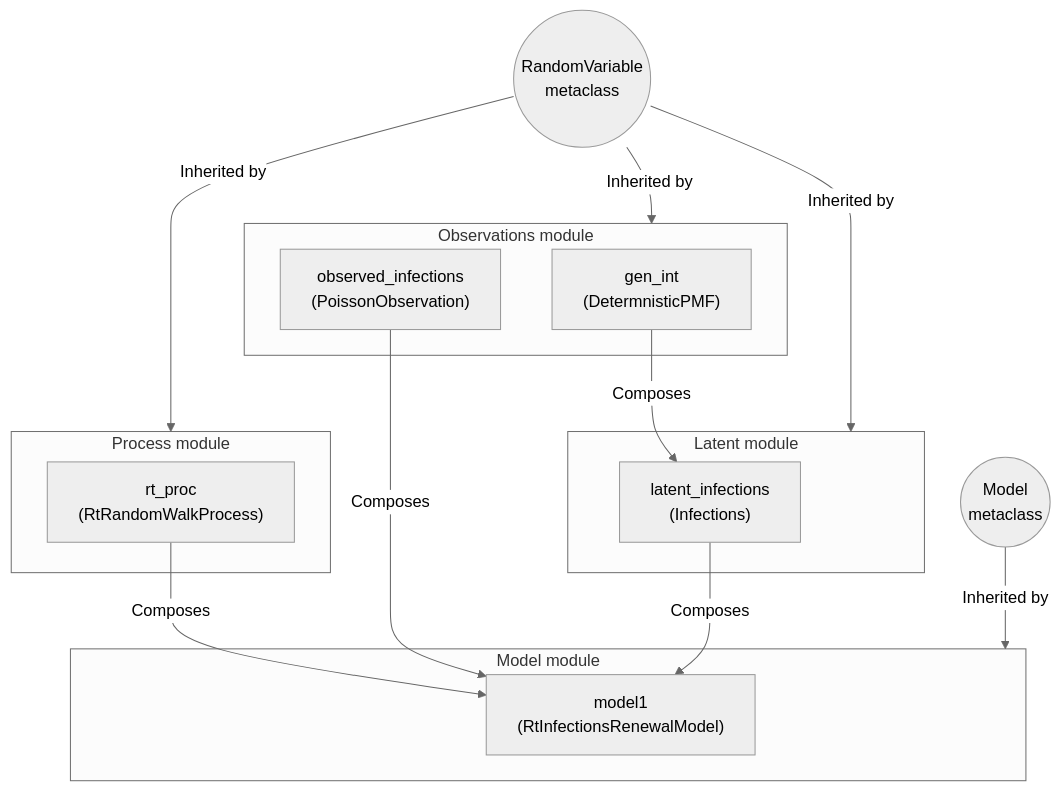
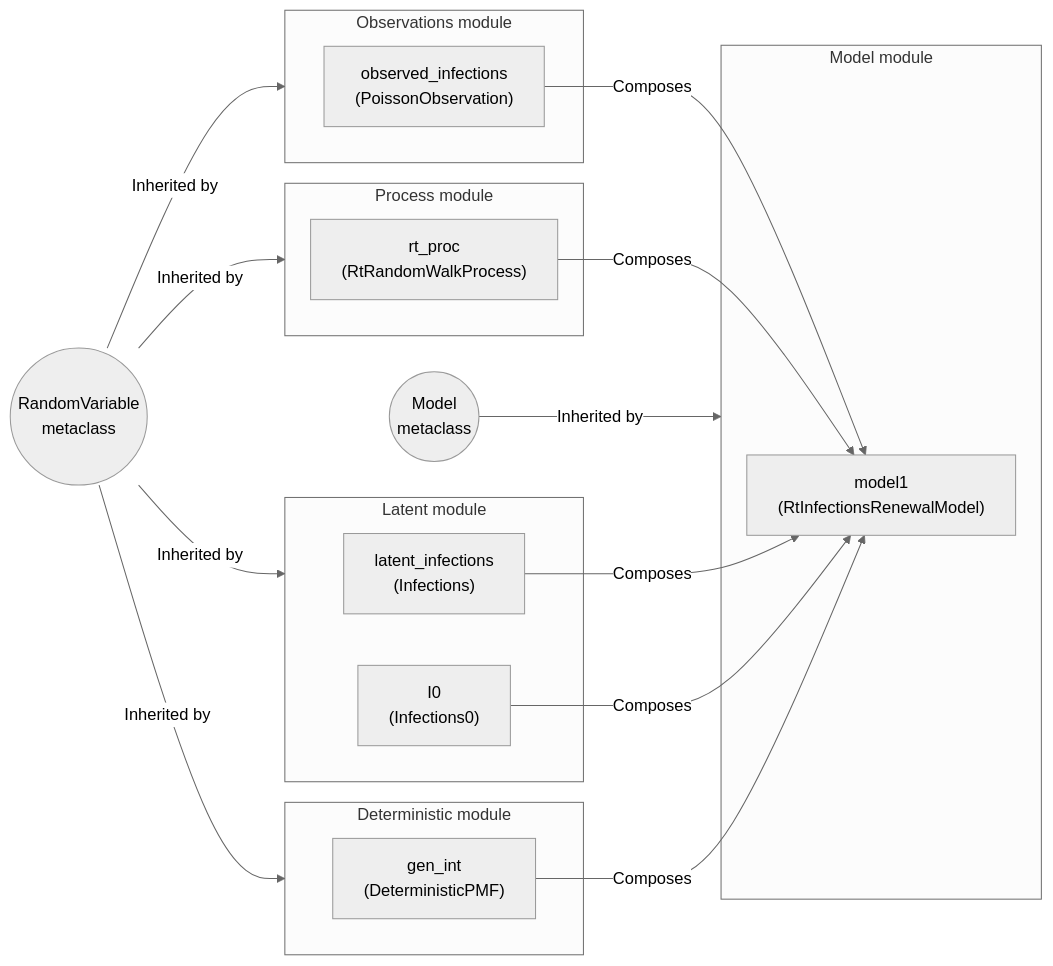
One commit to CDCgov/PyRenew changed the second of 2 diagrams in model/docs/getting-started.qmd. Above: the diagram before and after it, drawn with Mermaid (neutral theme). The commit also changed other lines of this file and 13 other files, not shown here.

````diff
--- a/model/docs/getting-started.qmd
+++ b/model/docs/getting-started.qmd
@@ -164,33 +172,39 @@
 ```{mermaid}
 %%| label: overview-of-RtInfectionsRenewalModel
-flowchart TB
+flowchart LR
     rand((RandomVariable\nmetaclass))
     models((Model\nmetaclass))
 
     subgraph observations[Observations module]
-        genint["gen_int\n(DetermnisticPMF)"]
         obs["observed_infections\n(PoissonObservation)"]
     end
 
     subgraph latent[Latent module]
         inf["latent_infections\n(Infections)"]
+        i0["I0\n(Infections0)"]
     end
 
     subgraph process[Process module]
         rt["rt_proc\n(RtRandomWalkProcess)"]
+    end
+
+    subgraph deterministic[Deterministic module]
+        detpmf["gen_int\n(DeterministicPMF)"]
     end
 
     subgraph model[Model module]
         model1["model1\n(RtInfectionsRenewalModel)"]
     end
 
     rand-->|Inherited by|observations
     rand-->|Inherited by|process
     rand-->|Inherited by|latent
+    rand-->|Inherited by|deterministic
     models-->|Inherited by|model
 
-    genint-->|Composes|inf
+    detpmf-->|Composes|model1
+    i0-->|Composes|model1
     rt-->|Composes|model1
     obs-->|Composes|model1
     inf-->|Composes|model1
 ```
````
